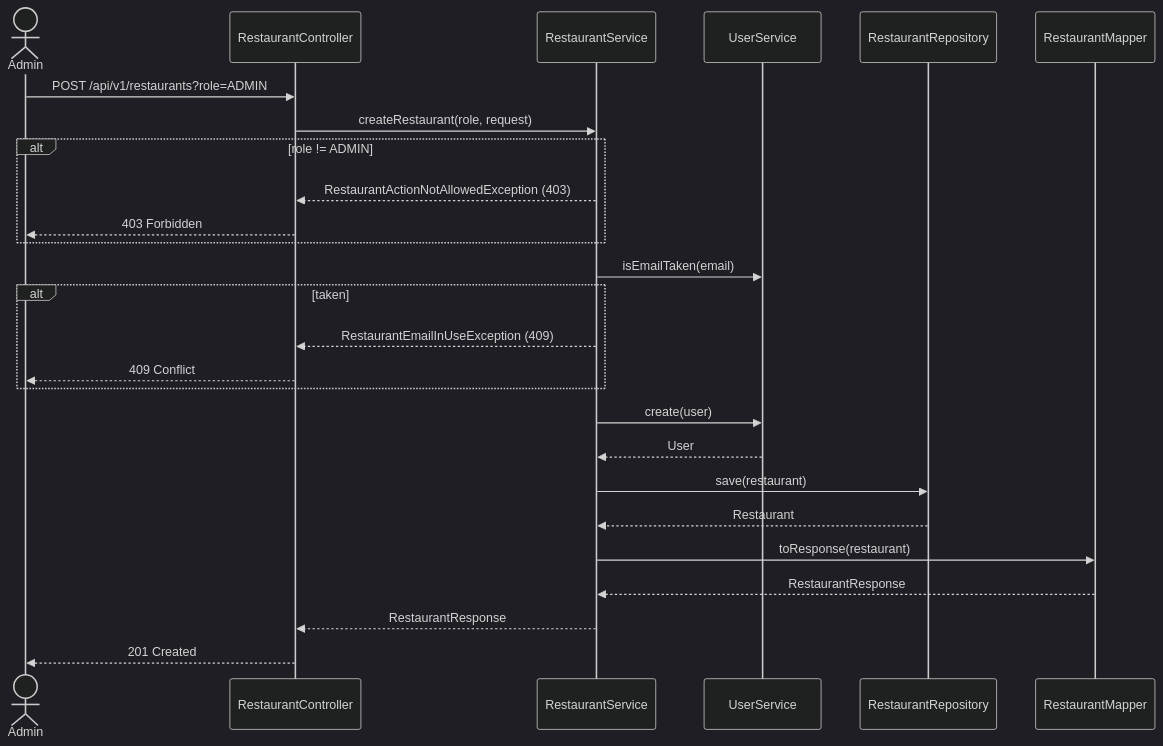
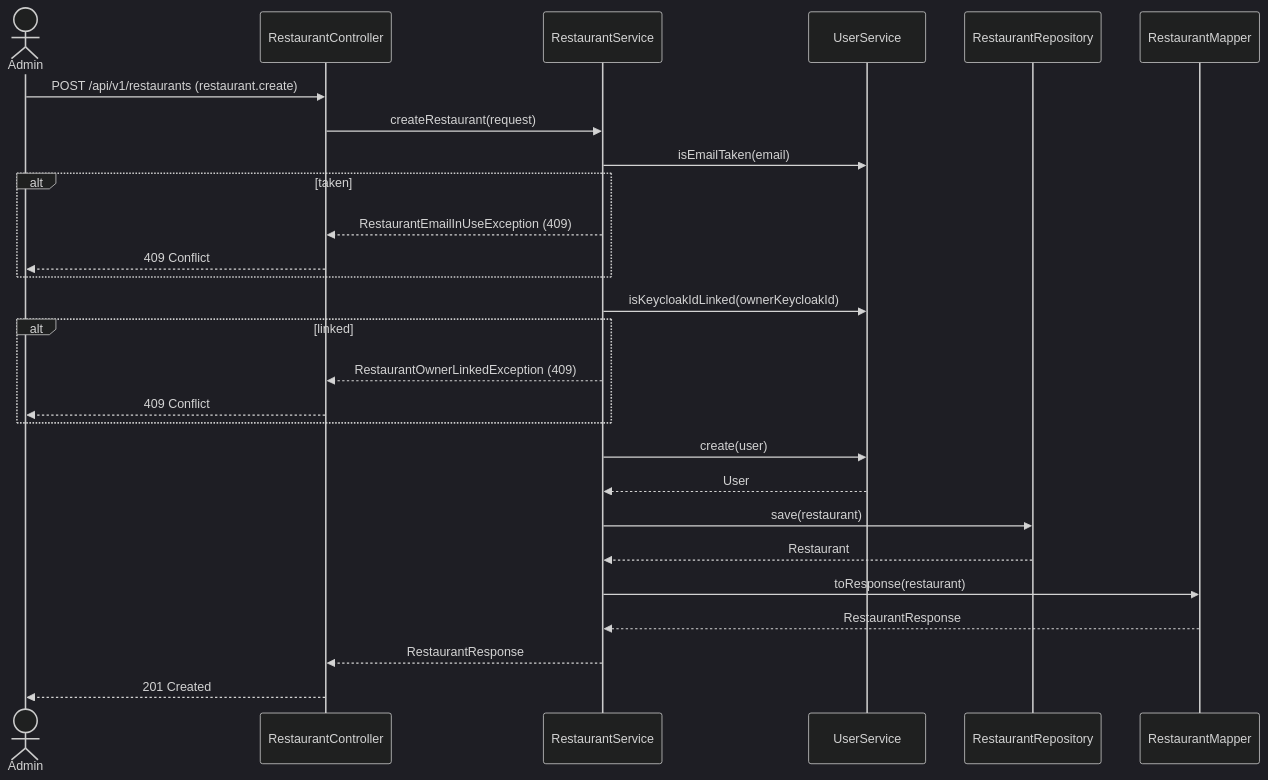
The second of 2 diagrams in restaurant/.docs/use-cases/restaurant-management/create-restaurant/create-restaurant.md (msmohammed0077-cmd/mentorship-restaurant), drawn with Mermaid (dark theme) before and after one commit. The commit also changed other lines of this file and 27 other files, not shown here.

First line of the commit message:
Put the restaurant endpoints behind Keycloak auth

````diff
--- a/restaurant/.docs/use-cases/restaurant-management/create-restaurant/create-restaurant.md
+++ b/restaurant/.docs/use-cases/restaurant-management/create-restaurant/create-restaurant.md
@@ -134,29 +148,30 @@
 ```mermaid
 sequenceDiagram
     actor Admin
     participant C as RestaurantController
     participant S as RestaurantService
     participant U as UserService
     participant R as RestaurantRepository
     participant M as RestaurantMapper
 
-    Admin->>C: POST /api/v1/restaurants?role=ADMIN
-    C->>S: createRestaurant(role, request)
-    alt role != ADMIN
-        S-->>C: RestaurantActionNotAllowedException (403)
-        C-->>Admin: 403 Forbidden
-    end
+    Admin->>C: POST /api/v1/restaurants (restaurant.create)
+    C->>S: createRestaurant(request)
     S->>U: isEmailTaken(email)
     alt taken
         S-->>C: RestaurantEmailInUseException (409)
+        C-->>Admin: 409 Conflict
+    end
+    S->>U: isKeycloakIdLinked(ownerKeycloakId)
+    alt linked
+        S-->>C: RestaurantOwnerLinkedException (409)
         C-->>Admin: 409 Conflict
     end
     S->>U: create(user)
     U-->>S: User
     S->>R: save(restaurant)
     R-->>S: Restaurant
     S->>M: toResponse(restaurant)
     M-->>S: RestaurantResponse
     S-->>C: RestaurantResponse
     C-->>Admin: 201 Created
 ```
````
